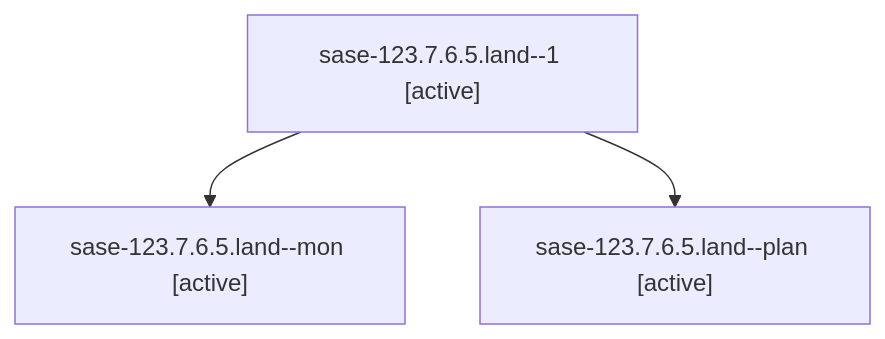
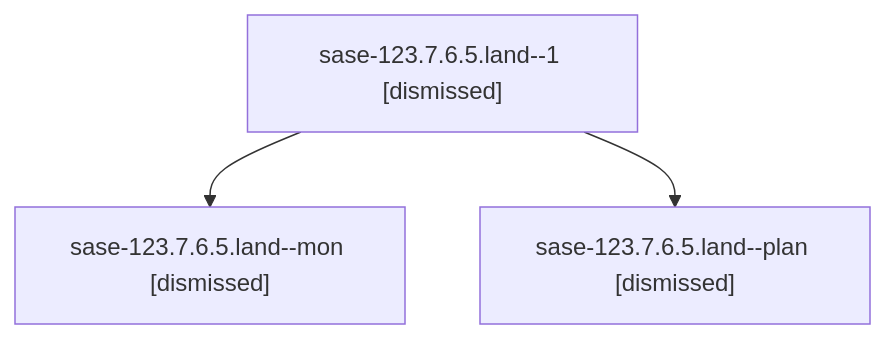
Before and after one commit to sase-org/sase--agents: the diagram in sessions/bbugyi200.athena.sase-123.7.6.5.land.md, drawn with Mermaid. The commit also changed other lines of this file and 306 other files, not shown here.

````diff
--- a/sessions/bbugyi200.athena.sase-123.7.6.5.land.md
+++ b/sessions/bbugyi200.athena.sase-123.7.6.5.land.md
@@ -9,8 +9,8 @@
 ```mermaid
 flowchart TD
-  n0["sase-123.7.6.5.land--1 [active]"]
-  n1["sase-123.7.6.5.land--mon [active]"]
+  n0["sase-123.7.6.5.land--1 [dismissed]"]
+  n1["sase-123.7.6.5.land--mon [dismissed]"]
   n0 --> n1
-  n2["sase-123.7.6.5.land--plan [active]"]
+  n2["sase-123.7.6.5.land--plan [dismissed]"]
   n0 --> n2
 ```
````
